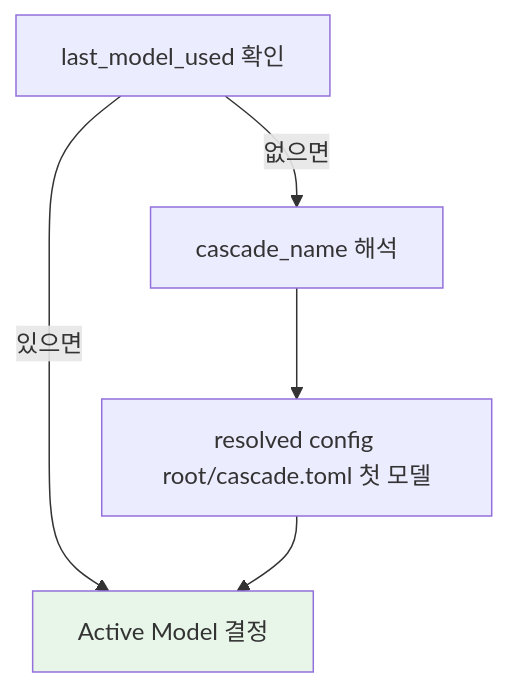
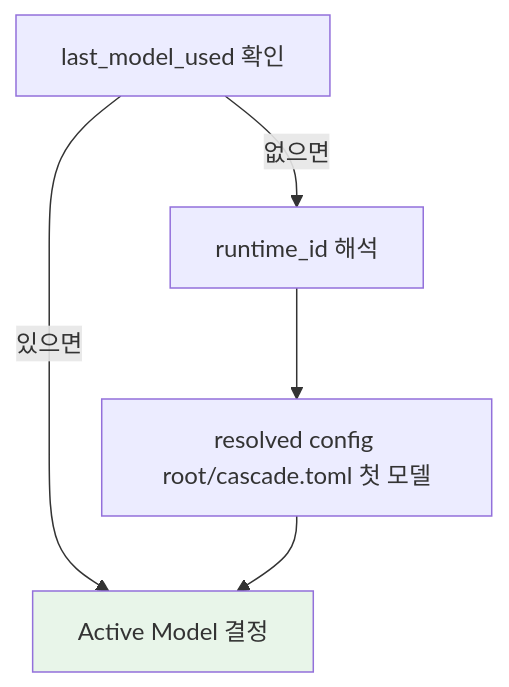
One commit to jeong-sik/masc changed the second of 3 diagrams in docs/KEEPER-USER-MANUAL.md. Above: the diagram before and after it, drawn with Mermaid. The commit also changed other lines of this file, not shown here.

Commit message:
docs(runtime): describe keeper model selection with runtime id

````diff
--- a/docs/KEEPER-USER-MANUAL.md
+++ b/docs/KEEPER-USER-MANUAL.md
@@ -602,9 +602,9 @@
 ```mermaid
 flowchart TD
     A[last_model_used 확인] -->|있으면| Z[Active Model 결정]
-    A -->|없으면| B[cascade_name 해석]
+    A -->|없으면| B[runtime_id 해석]
     B --> C[resolved config root/cascade.toml 첫 모델]
     C --> Z
 
     style Z fill:#e8f5e9
 ```
````
